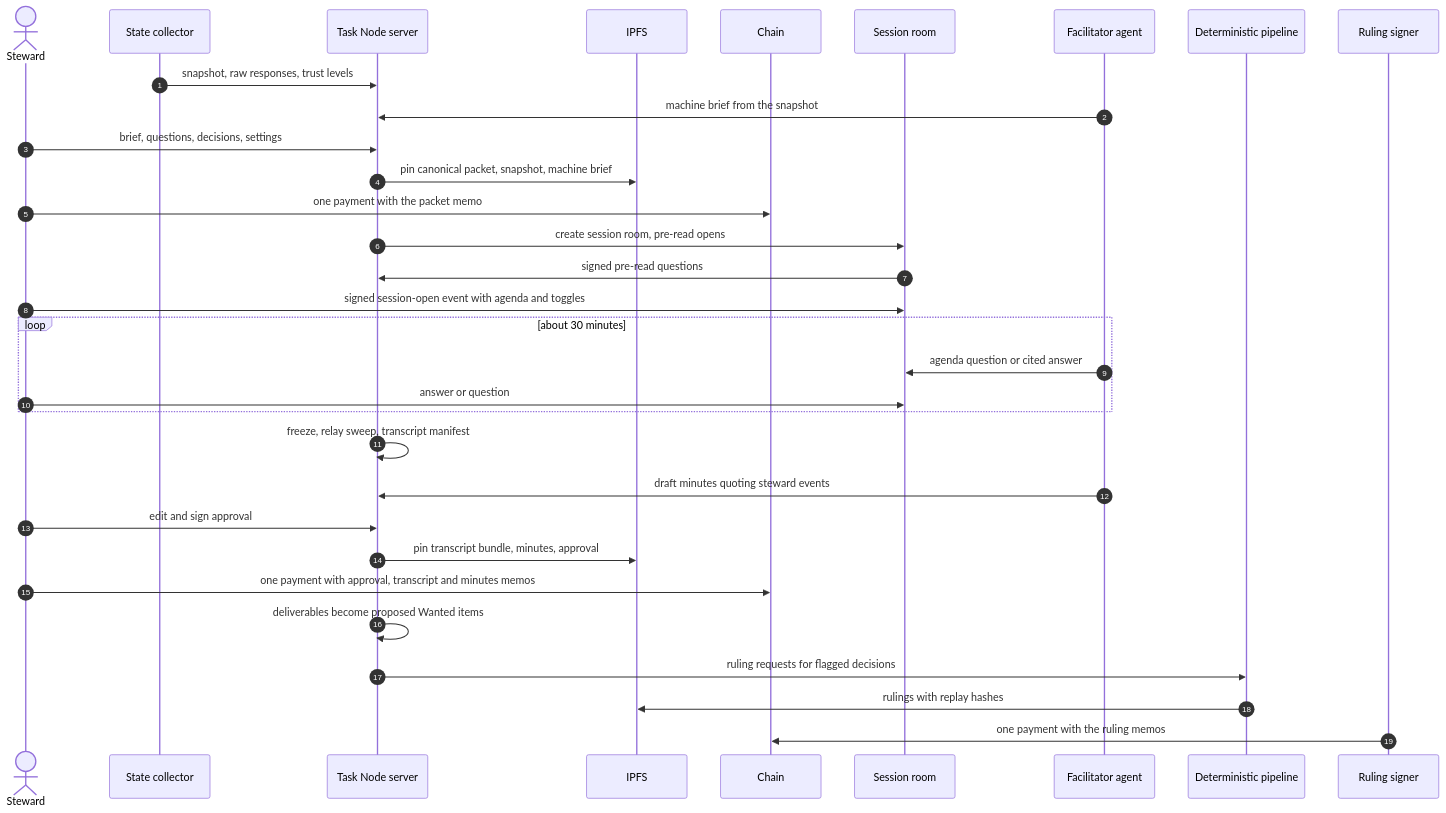
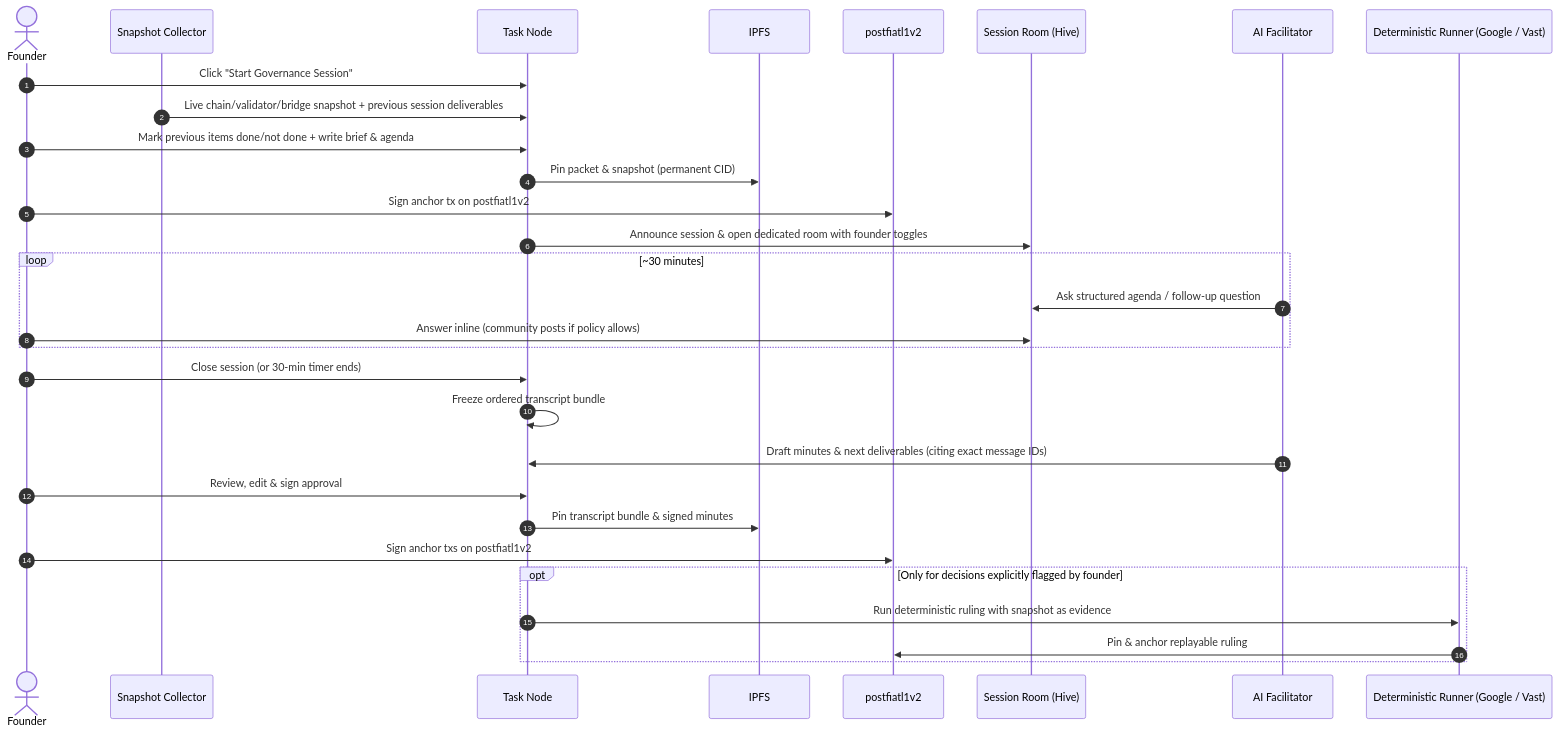
Before and after one commit to postfiatorg/postfiatl1v2: the diagram in big_milestone/pillars/01-hive-governance.md, drawn with Mermaid. The commit also changed other lines of this file and 37 other files, not shown here.

````diff
--- a/big_milestone/pillars/01-hive-governance.md
+++ b/big_milestone/pillars/01-hive-governance.md
@@ -59,34 +20,32 @@
 ```mermaid
 sequenceDiagram
     autonumber
-    actor F as Steward
-    participant C as State collector
-    participant S as Task Node server
+    actor F as Founder
+    participant C as Snapshot Collector
+    participant S as Task Node
     participant I as IPFS
-    participant L as Chain
-    participant H as Session room
-    participant A as Facilitator agent
-    participant D as Deterministic pipeline
-    participant K as Ruling signer
-    C->>S: snapshot, raw responses, trust levels
-    A->>S: machine brief from the snapshot
-    F->>S: brief, questions, decisions, settings
-    S->>I: pin canonical packet, snapshot, machine brief
-    F->>L: one payment with the packet memo
-    S->>H: create session room, pre-read opens
-    H->>S: signed pre-read questions
-    F->>H: signed session-open event with agenda and toggles
-    loop about 30 minutes
-        A->>H: agenda question or cited answer
-        F->>H: answer or question
+    participant L as postfiatl1v2
+    participant H as Session Room (Hive)
+    participant A as AI Facilitator
+    participant D as Deterministic Runner (Google / Vast)
+    F->>S: Click "Start Governance Session"
+    C->>S: Live chain/validator/bridge snapshot + previous session deliverables
+    F->>S: Mark previous items done/not done + write brief & agenda
+    S->>I: Pin packet & snapshot (permanent CID)
+    F->>L: Sign anchor tx on postfiatl1v2
+    S->>H: Announce session & open dedicated room with founder toggles
+    loop ~30 minutes
+        A->>H: Ask structured agenda / follow-up question
+        F->>H: Answer inline (community posts if policy allows)
     end
-    S->>S: freeze, relay sweep, transcript manifest
-    A->>S: draft minutes quoting steward events
-    F->>S: edit and sign approval
-    S->>I: pin transcript bundle, minutes, approval
-    F->>L: one payment with approval, transcript and minutes memos
-    S->>S: deliverables become proposed Wanted items
-    S->>D: ruling requests for flagged decisions
-    D->>I: rulings with replay hashes
-    K->>L: one payment with the ruling memos
+    F->>S: Close session (or 30-min timer ends)
+    S->>S: Freeze ordered transcript bundle
+    A->>S: Draft minutes & next deliverables (citing exact message IDs)
+    F->>S: Review, edit & sign approval
+    S->>I: Pin transcript bundle & signed minutes
+    F->>L: Sign anchor txs on postfiatl1v2
+    opt Only for decisions explicitly flagged by founder
+        S->>D: Run deterministic ruling with snapshot as evidence
+        D->>L: Pin & anchor replayable ruling
+    end
 ```
````
